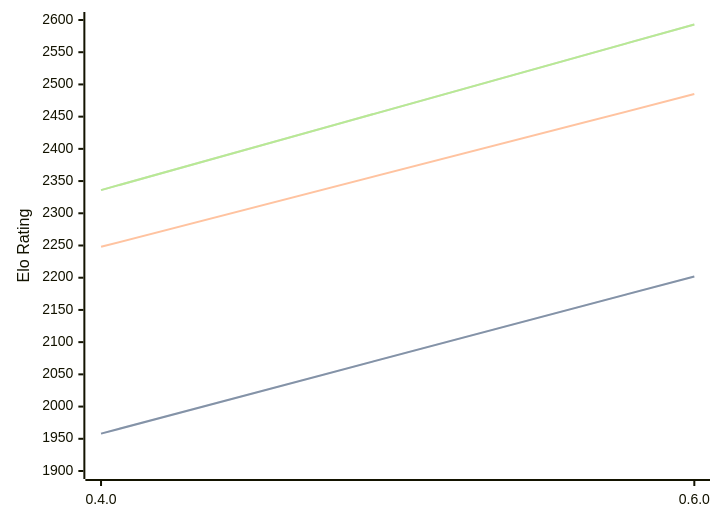
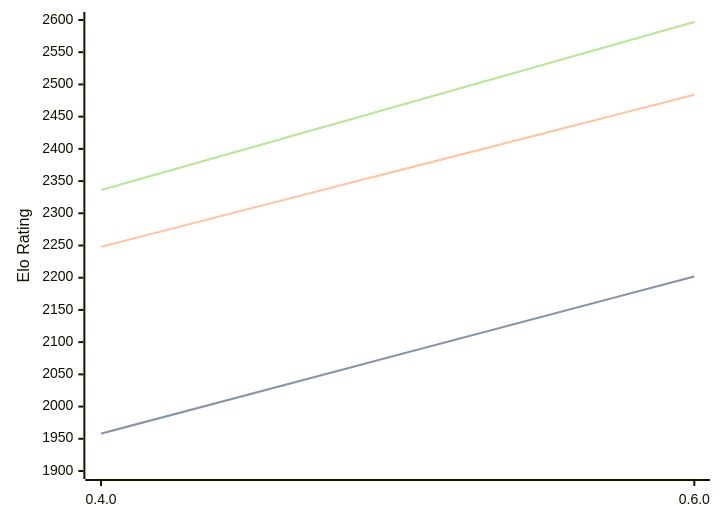
One commit to computer-chess-index/cci changed the diagram in engines/Ariadne.md. Above: the diagram before and after it, drawn with Mermaid. The commit also changed other lines of this file, not shown here.

Commit message:
Update CCI Ratings (ELO VLTC) - 2026-09-12

````diff
--- a/engines/Ariadne.md
+++ b/engines/Ariadne.md
@@ -36,11 +36,11 @@
 ```mermaid
 %%{init: {"theme":"base","themeVariables":{"seriesColors:['#a3a3a3','#222221','#faa371']}}}%%
 xychart-beta
   x-axis ["0.4.0", "0.6.0"]
   y-axis "Elo Rating" 1900 --> 2600
   line "" [1958, 2202]
   line "STC (8.0+0.08s)" [1958, 2202]
-  line "LTC (60.0+0.60s)" [2248, 2485]
-  line "" [2336, 2593]
-  line "VLTC (2m24s+1.12s)" [2336, 2593]
+  line "LTC (60.0+0.60s)" [2248, 2484]
+  line "" [2336, 2597]
+  line "VLTC (2m24s+1.12s)" [2336, 2597]
 ```
````
